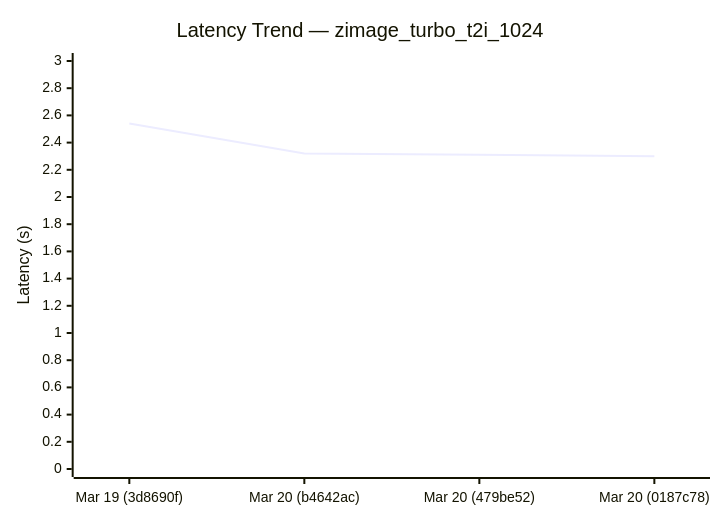
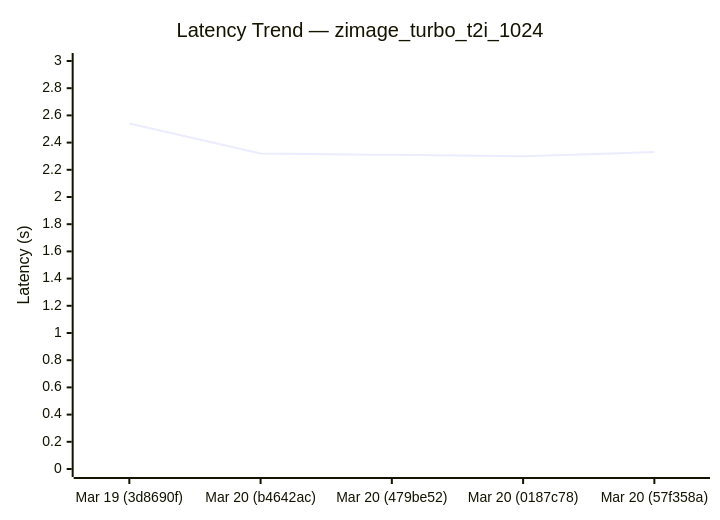
One commit to sglang-bot/sglang-ci-data changed the fifth of 7 diagrams in diffusion-comparisons/dashboard.md. Above: the diagram before and after it, drawn with Mermaid. The commit also changed other lines of this file and 1 other file, not shown here.

````diff
--- a/diffusion-comparisons/dashboard.md
+++ b/diffusion-comparisons/dashboard.md
@@ -69,7 +82,7 @@
 ```mermaid
 xychart-beta
   title "Latency Trend — zimage_turbo_t2i_1024"
-  x-axis ["Mar 19 (3d8690f)", "Mar 20 (b4642ac)", "Mar 20 (479be52)", "Mar 20 (0187c78)"]
+  x-axis ["Mar 19 (3d8690f)", "Mar 20 (b4642ac)", "Mar 20 (479be52)", "Mar 20 (0187c78)", "Mar 20 (57f358a)"]
   y-axis "Latency (s)" 0 --> 3
-  line [2.54, 2.32, 2.31, 2.30]
+  line [2.54, 2.32, 2.31, 2.30, 2.33]
 ```
````
